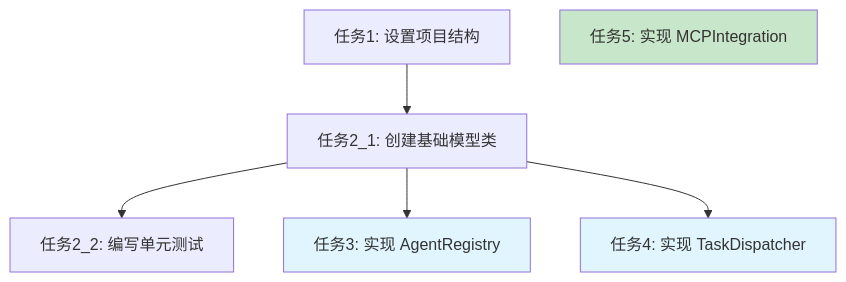
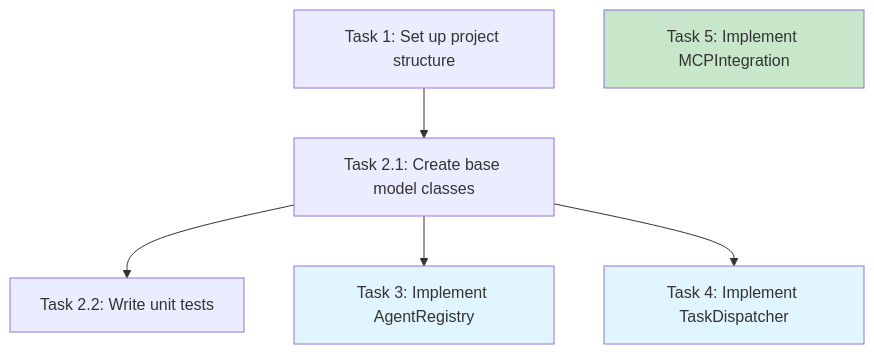
One commit to Cracken-1/sweetnpuffy changed the diagram in .claude/agents/kfc/spec-tasks.md. Above: the diagram before and after it, drawn with Mermaid. The commit also changed other lines of this file and 32 other files, not shown here.

````diff
--- a/.claude/agents/kfc/spec-tasks.md
+++ b/.claude/agents/kfc/spec-tasks.md
@@ -61,18 +61,18 @@
 ```mermaid
 flowchart TD
-    T1[任务1: 设置项目结构]
-    T2_1[任务2_1: 创建基础模型类]
-    T2_2[任务2_2: 编写单元测试]
-    T3[任务3: 实现 AgentRegistry]
-    T4[任务4: 实现 TaskDispatcher]
-    T5[任务5: 实现 MCPIntegration]
+    T1[Task 1: Set up project structure]
+    T2_1[Task 2.1: Create base model classes]
+    T2_2[Task 2.2: Write unit tests]
+    T3[Task 3: Implement AgentRegistry]
+    T4[Task 4: Implement TaskDispatcher]
+    T5[Task 5: Implement MCPIntegration]
     
     T1 --> T2_1
     T2_1 --> T2_2
     T2_1 --> T3
     T2_1 --> T4
     
     style T3 fill:#e1f5fe
     style T4 fill:#e1f5fe
     style T5 fill:#c8e6c9
 ```
````
